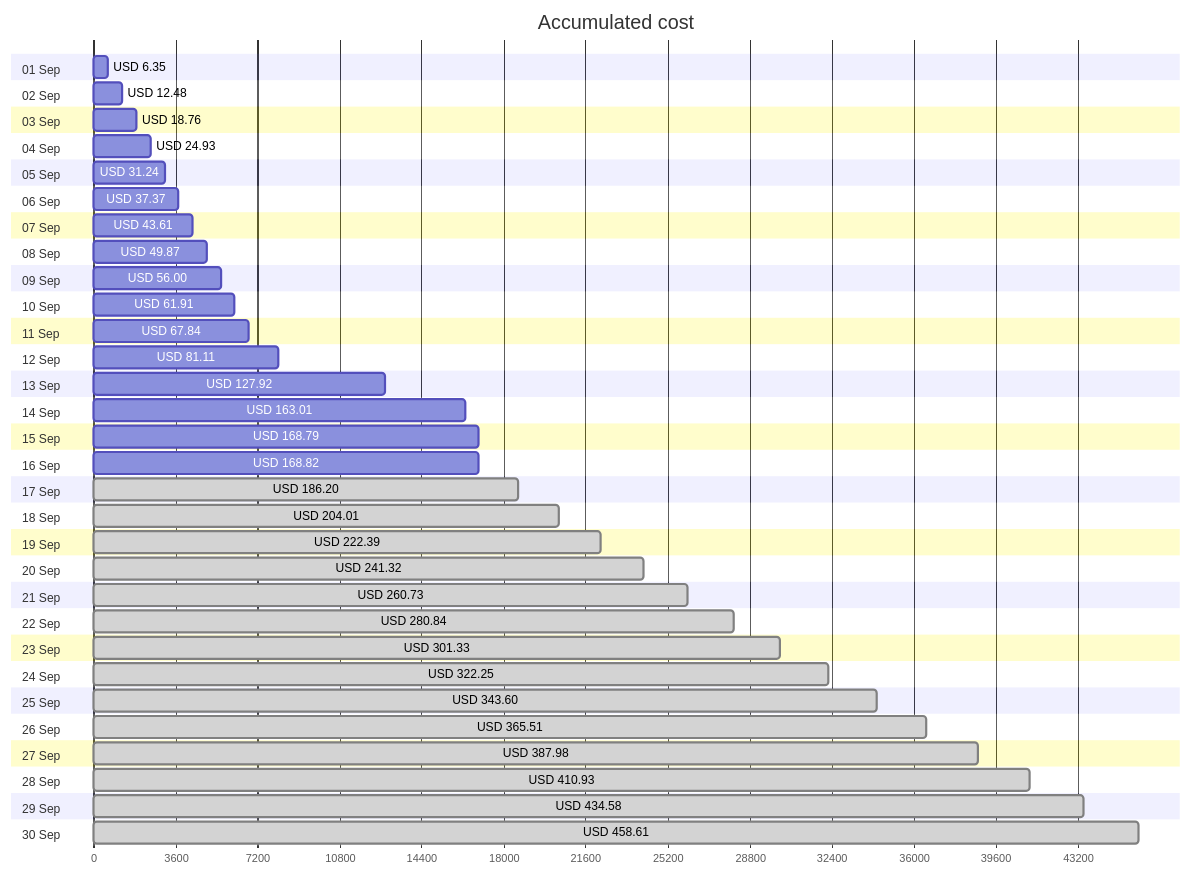
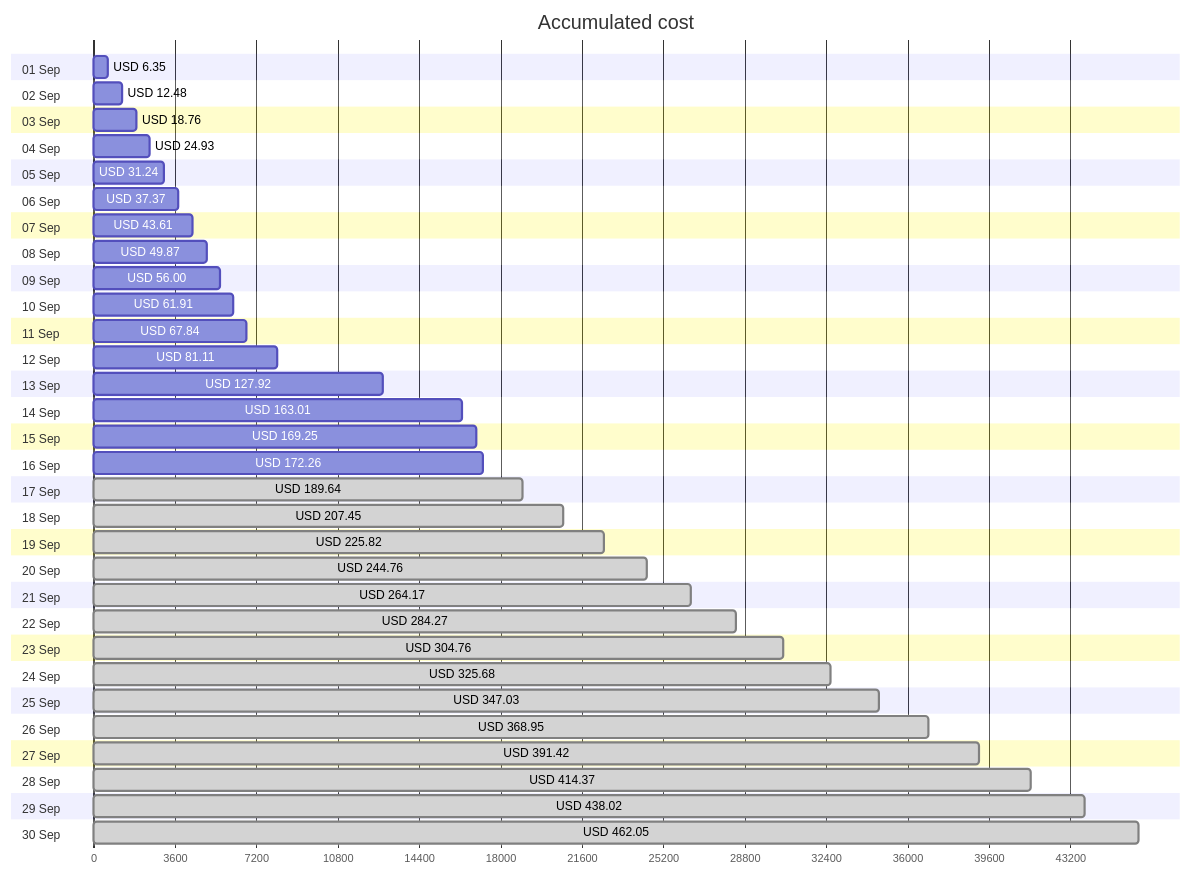
One commit to jpfulton/azure-personal-reports changed the first of 4 diagrams in cost-reports/accumulated-cost.md. Above: the diagram before and after it, drawn with Mermaid. The commit also changed other lines of this file and 3 other files, not shown here.

````diff
--- a/cost-reports/accumulated-cost.md
+++ b/cost-reports/accumulated-cost.md
@@ -20,66 +20,66 @@
 ```mermaid
 gantt
    title Accumulated cost
    dateFormat  X
    axisFormat %s
    section 01 Sep
    USD 6.35 :0, 635
    section 02 Sep
    USD 12.48 :0, 1248
    section 03 Sep
    USD 18.76 :0, 1876
    section 04 Sep
    USD 24.93 :0, 2493
    section 05 Sep
    USD 31.24 :0, 3124
    section 06 Sep
    USD 37.37 :0, 3737
    section 07 Sep
    USD 43.61 :0, 4361
    section 08 Sep
    USD 49.87 :0, 4987
    section 09 Sep
    USD 56.00 :0, 5600
    section 10 Sep
    USD 61.91 :0, 6191
    section 11 Sep
    USD 67.84 :0, 6784
    section 12 Sep
    USD 81.11 :0, 8111
    section 13 Sep
    USD 127.92 :0, 12792
    section 14 Sep
    USD 163.01 :0, 16301
    section 15 Sep
-   USD 168.79 :0, 16879
+   USD 169.25 :0, 16925
    section 16 Sep
-   USD 168.82 :0, 16882
+   USD 172.26 :0, 17226
    section 17 Sep
-   USD 186.20 : done, 0, 18620
+   USD 189.64 : done, 0, 18964
    section 18 Sep
-   USD 204.01 : done, 0, 20401
+   USD 207.45 : done, 0, 20745
    section 19 Sep
-   USD 222.39 : done, 0, 22239
+   USD 225.82 : done, 0, 22582
    section 20 Sep
-   USD 241.32 : done, 0, 24132
+   USD 244.76 : done, 0, 24476
    section 21 Sep
-   USD 260.73 : done, 0, 26073
+   USD 264.17 : done, 0, 26417
    section 22 Sep
-   USD 280.84 : done, 0, 28084
+   USD 284.27 : done, 0, 28427
    section 23 Sep
-   USD 301.33 : done, 0, 30133
+   USD 304.76 : done, 0, 30476
    section 24 Sep
-   USD 322.25 : done, 0, 32225
+   USD 325.68 : done, 0, 32568
    section 25 Sep
-   USD 343.60 : done, 0, 34360
+   USD 347.03 : done, 0, 34703
    section 26 Sep
-   USD 365.51 : done, 0, 36551
+   USD 368.95 : done, 0, 36895
    section 27 Sep
-   USD 387.98 : done, 0, 38798
+   USD 391.42 : done, 0, 39142
    section 28 Sep
-   USD 410.93 : done, 0, 41093
+   USD 414.37 : done, 0, 41437
    section 29 Sep
-   USD 434.58 : done, 0, 43458
+   USD 438.02 : done, 0, 43802
    section 30 Sep
-   USD 458.61 : done, 0, 45861
+   USD 462.05 : done, 0, 46205
 ```
````
